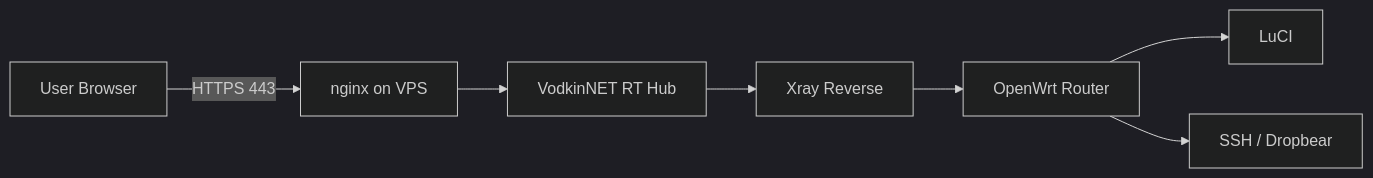
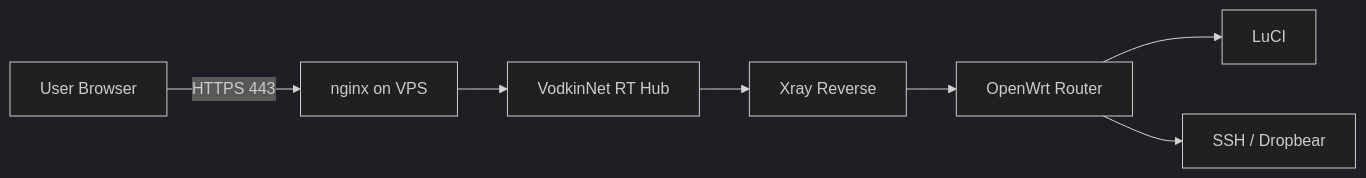
One commit to beverlypillzz-collab/vodkinnet-rt changed the diagram in vodkinnet-owrt-remote/README.md. Above: the diagram before and after it, drawn with Mermaid (dark theme). The commit also changed other lines of this file and 8 other files, not shown here.

````diff
--- a/vodkinnet-owrt-remote/README.md
+++ b/vodkinnet-owrt-remote/README.md
@@ -262,9 +262,9 @@
 ```mermaid
 flowchart LR
     U[User Browser] -->|HTTPS 443| N[nginx on VPS]
-    N --> H[VodkinNET RT Hub]
+    N --> H[VodkinNet RT Hub]
     H --> X[Xray Reverse]
     X --> R[OpenWrt Router]
     R --> L[LuCI]
     R --> S[SSH / Dropbear]
 ```
````
